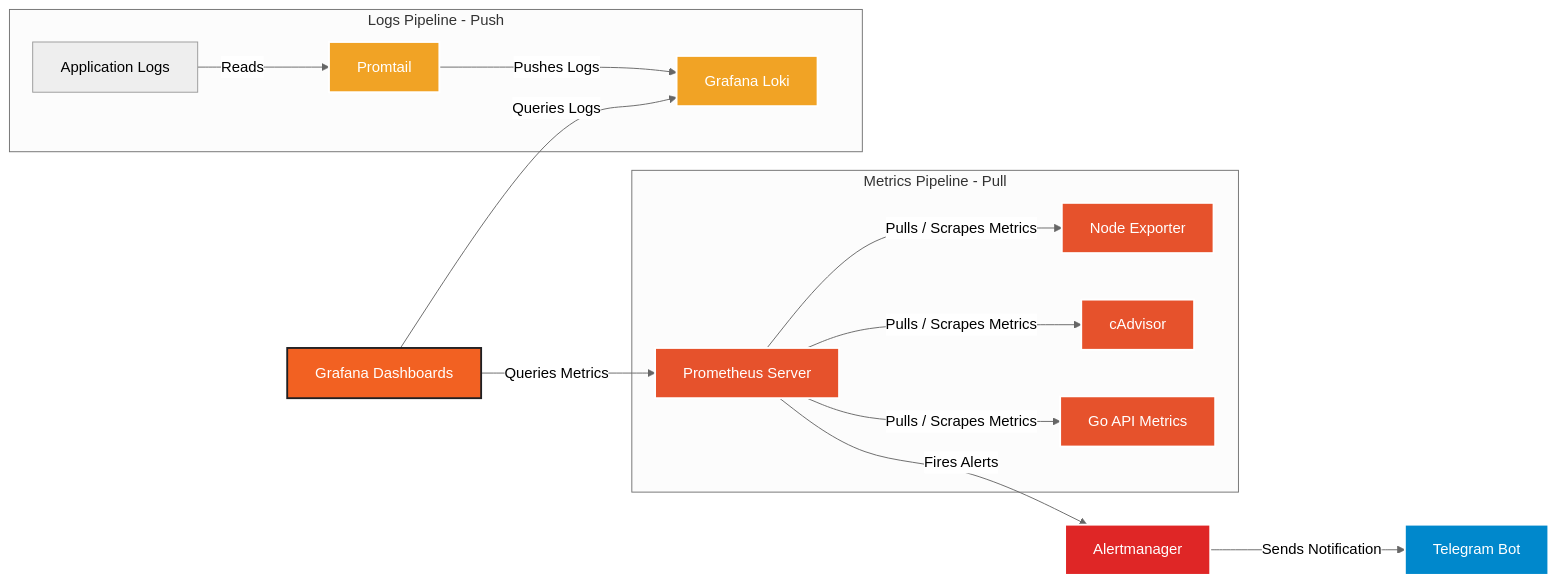
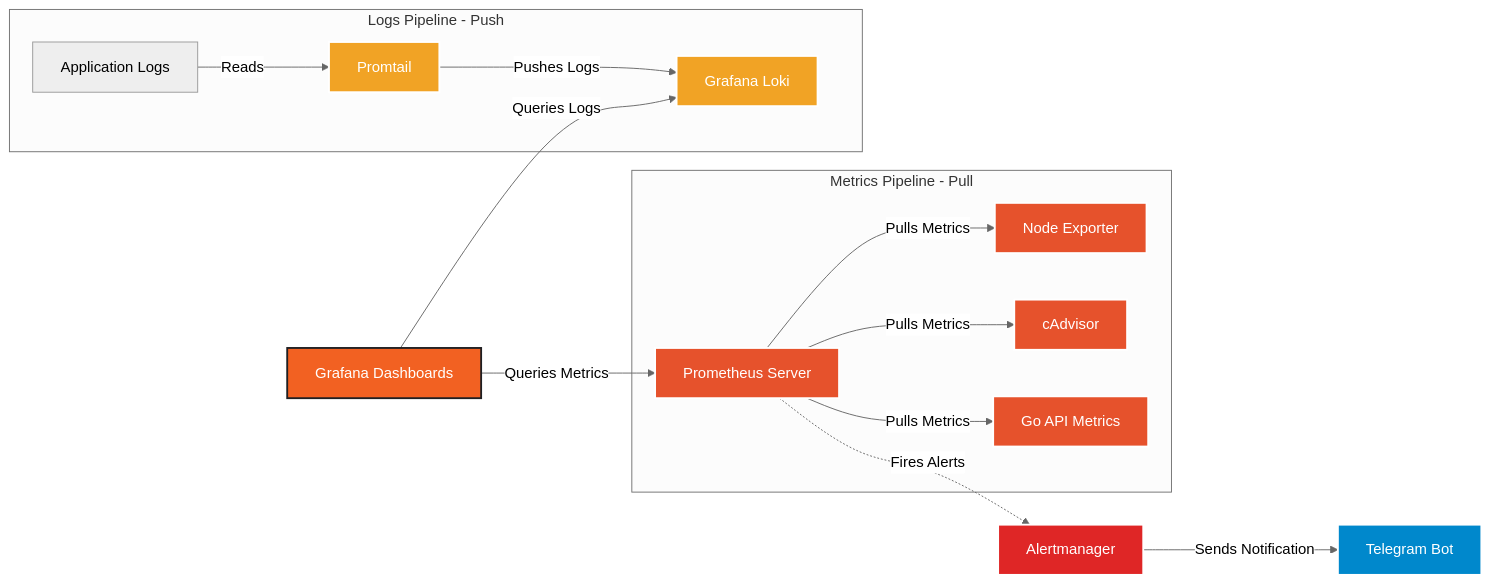
Before and after one commit to whosthefunkyy/monitoring: the diagram in README.md, drawn with Mermaid (neutral theme).

````diff
--- a/README.md
+++ b/README.md
@@ -1,34 +1,34 @@
 ```mermaid
 graph LR
     %% Стилизация блоков
     classDef collector fill:#E6522C,stroke:#fff,stroke-width:2px,color:#fff;
     classDef prom fill:#E6522C,stroke:#fff,stroke-width:2px,color:#fff;
     classDef loki fill:#F1A325,stroke:#fff,stroke-width:2px,color:#fff;
     classDef grafana fill:#F26122,stroke:#fff,stroke-width:2px,color:#fff;
     classDef alert fill:#DF2626,stroke:#fff,stroke-width:2px,color:#fff;
     classDef tg fill:#0088cc,stroke:#fff,stroke-width:2px,color:#fff;
 
-    %% Пайплайн Логов (Push-модель)
+    %% Пайплайн Логов (Push)
     subgraph Logs_Pipeline [Logs Pipeline - Push]
         Logs[Application Logs] -->|Reads| Tail[Promtail]:::loki
         Tail -->|Pushes Logs| Loki[Grafana Loki]:::loki
     end
 
-    %% Пайплайн Метрик (Pull-модель)
+    %% Пайплайн Метрик (Pull)
     subgraph Metrics_Pipeline [Metrics Pipeline - Pull]
-        Prom[Prometheus Server]:::prom -->|Pulls / Scrapes Metrics| Node[Node Exporter]:::collector
-        Prom -->|Pulls / Scrapes Metrics| Cadvisor[cAdvisor]:::collector
-        Prom -->|Pulls / Scrapes Metrics| GoAPI[Go API Metrics]:::collector
+        Prom[Prometheus Server]:::prom -->|Pulls Metrics| Node[Node Exporter]:::collector
+        Prom -->|Pulls Metrics| Cadvisor[cAdvisor]:::collector
+        Prom -->|Pulls Metrics| GoAPI[Go API Metrics]:::collector
     end
 
-    %% Визуализация (Grafana забирает данные из хранилищ)
+    %% Визуализация
     Grafana[Grafana Dashboards]:::grafana -->|Queries Metrics| Prom
     Grafana -->|Queries Logs| Loki
 
-    %% Оповещения
-    Prom -->|Fires Alerts| AM[Alertmanager]:::alert
+    %% Оповещения (Вынесено отдельно для правильного рендеринга без пересечений)
+    Prom -.->|Fires Alerts| AM[Alertmanager]:::alert
     AM -->|Sends Notification| TG[Telegram Bot]:::tg
 
     %% Тонкая настройка стилей
     style Grafana fill:#F26122,stroke:#1F1F22,stroke-width:2px,color:#fff;
 ```
````
